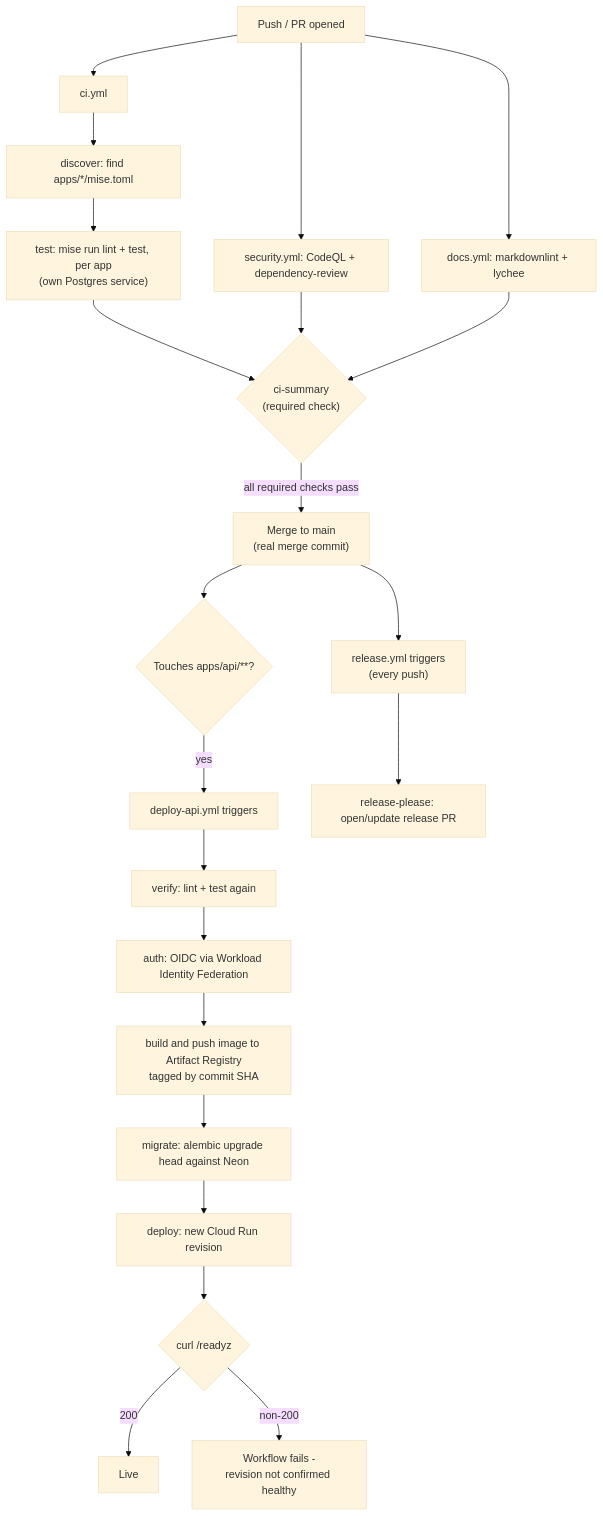
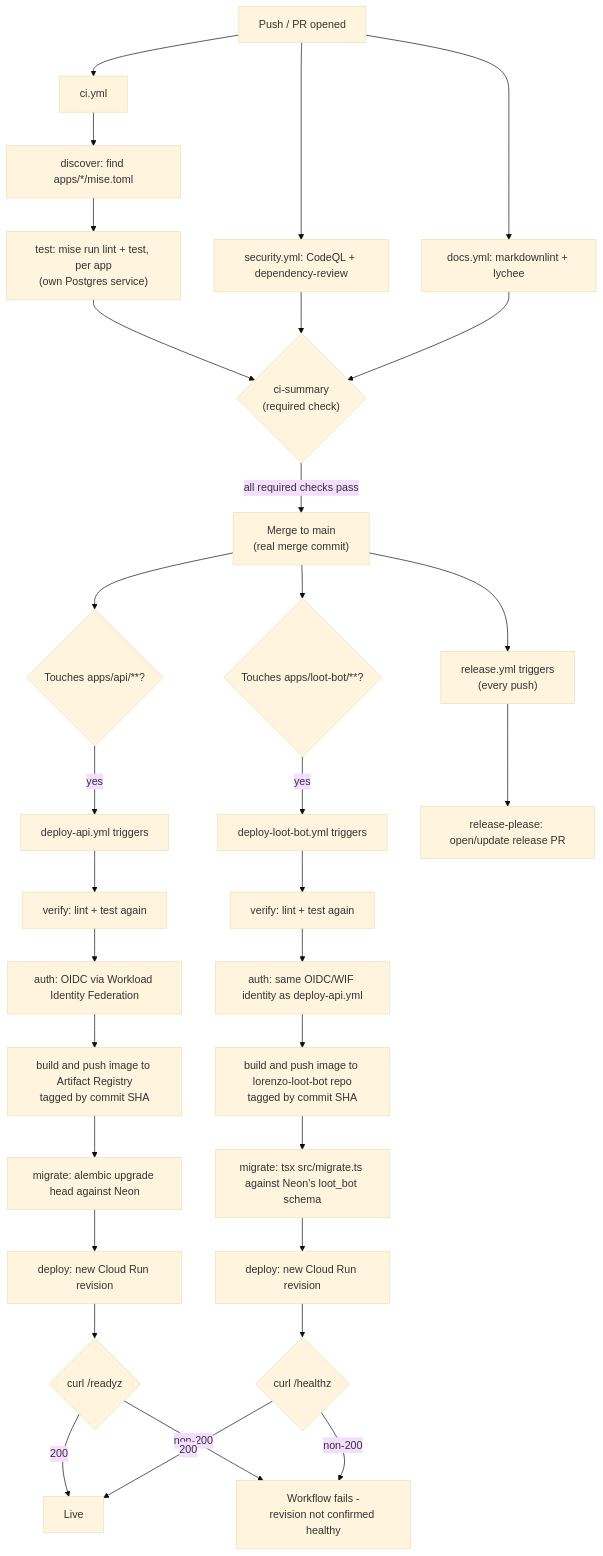
The diagram in docs/architecture/diagrams/ci-cd-pipeline.md (ramsesoriginal/lorenzo), drawn with Mermaid (base theme) before and after one commit. The commit also changed other lines of this file and 8 other files, not shown here.

First line of the commit message:
docs: catch up docs missed by the loot-bot deploy rewrite

````diff
--- a/docs/architecture/diagrams/ci-cd-pipeline.md
+++ b/docs/architecture/diagrams/ci-cd-pipeline.md
@@ -3,28 +3,39 @@
 ```mermaid
 flowchart TD
     A["Push / PR opened"] --> B["ci.yml"]
     B --> B1["discover: find apps/*/mise.toml"]
     B1 --> B2["test: mise run lint + test, per app<br/>(own Postgres service)"]
     A --> B3["security.yml: CodeQL + dependency-review"]
     A --> B4["docs.yml: markdownlint + lychee"]
     B2 --> C{"ci-summary<br/>(required check)"}
     B3 --> C
     B4 --> C
 
     C -->|all required checks pass| D["Merge to main<br/>(real merge commit)"]
 
     D --> E{"Touches apps/api/**?"}
     E -->|yes| F["deploy-api.yml triggers"]
+    D --> EL{"Touches apps/loot-bot/**?"}
+    EL -->|yes| FL["deploy-loot-bot.yml triggers"]
     D --> G["release.yml triggers<br/>(every push)"]
 
     G --> G1["release-please: open/update release PR"]
 
     F --> F1["verify: lint + test again"]
     F1 --> F2["auth: OIDC via Workload Identity Federation"]
     F2 --> F3["build and push image to Artifact Registry<br/>tagged by commit SHA"]
     F3 --> F4["migrate: alembic upgrade head against Neon"]
     F4 --> F5["deploy: new Cloud Run revision"]
     F5 --> F6{"curl /readyz"}
     F6 -->|200| H["Live"]
     F6 -->|non-200| I["Workflow fails -<br/>revision not confirmed healthy"]
+
+    FL --> FL1["verify: lint + test again"]
+    FL1 --> FL2["auth: same OIDC/WIF identity as deploy-api.yml"]
+    FL2 --> FL3["build and push image to lorenzo-loot-bot repo<br/>tagged by commit SHA"]
+    FL3 --> FL4["migrate: tsx src/migrate.ts against Neon's loot_bot schema"]
+    FL4 --> FL5["deploy: new Cloud Run revision"]
+    FL5 --> FL6{"curl /healthz"}
+    FL6 -->|200| H
+    FL6 -->|non-200| I
 ```
````
